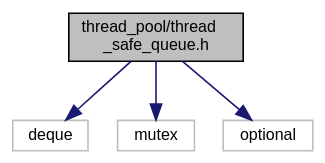
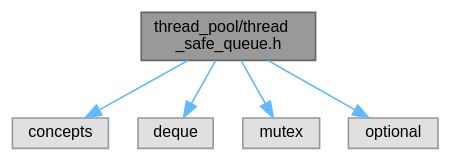
Before and after one commit to DeveloperPaul123/thread-pool: the diagram in d4/dbf/thread__safe__queue_8h__incl.dot, drawn with Graphviz. The commit also changed 101 other files, not shown here.

```diff
--- a/d4/dbf/thread__safe__queue_8h__incl.dot
+++ b/d4/dbf/thread__safe__queue_8h__incl.dot
@@ -1,14 +1,16 @@
 digraph "thread_pool/thread_safe_queue.h"
 {
  // LATEX_PDF_SIZE
   bgcolor="transparent";
-  edge [fontname="Helvetica",fontsize="10",labelfontname="Helvetica",labelfontsize="10"];
-  node [fontname="Helvetica",fontsize="10",shape=record];
-  Node1 [label="thread_pool/thread\l_safe_queue.h",height=0.2,width=0.4,color="black", fillcolor="grey75", style="filled", fontcolor="black",tooltip=" "];
-  Node1 -> Node2 [color="midnightblue",fontsize="10",style="solid",fontname="Helvetica"];
-  Node2 [label="deque",height=0.2,width=0.4,color="grey75",tooltip=" "];
-  Node1 -> Node3 [color="midnightblue",fontsize="10",style="solid",fontname="Helvetica"];
-  Node3 [label="mutex",height=0.2,width=0.4,color="grey75",tooltip=" "];
-  Node1 -> Node4 [color="midnightblue",fontsize="10",style="solid",fontname="Helvetica"];
-  Node4 [label="optional",height=0.2,width=0.4,color="grey75",tooltip=" "];
+  edge [fontname=Helvetica,fontsize=10,labelfontname=Helvetica,labelfontsize=10];
+  node [fontname=Helvetica,fontsize=10,shape=box,height=0.2,width=0.4];
+  Node1 [label="thread_pool/thread\l_safe_queue.h",height=0.2,width=0.4,color="gray40", fillcolor="grey60", style="filled", fontcolor="black",tooltip=" "];
+  Node1 -> Node2 [color="steelblue1",style="solid"];
+  Node2 [label="concepts",height=0.2,width=0.4,color="grey60", fillcolor="#E0E0E0", style="filled",tooltip=" "];
+  Node1 -> Node3 [color="steelblue1",style="solid"];
+  Node3 [label="deque",height=0.2,width=0.4,color="grey60", fillcolor="#E0E0E0", style="filled",tooltip=" "];
+  Node1 -> Node4 [color="steelblue1",style="solid"];
+  Node4 [label="mutex",height=0.2,width=0.4,color="grey60", fillcolor="#E0E0E0", style="filled",tooltip=" "];
+  Node1 -> Node5 [color="steelblue1",style="solid"];
+  Node5 [label="optional",height=0.2,width=0.4,color="grey60", fillcolor="#E0E0E0", style="filled",tooltip=" "];
 }
```
